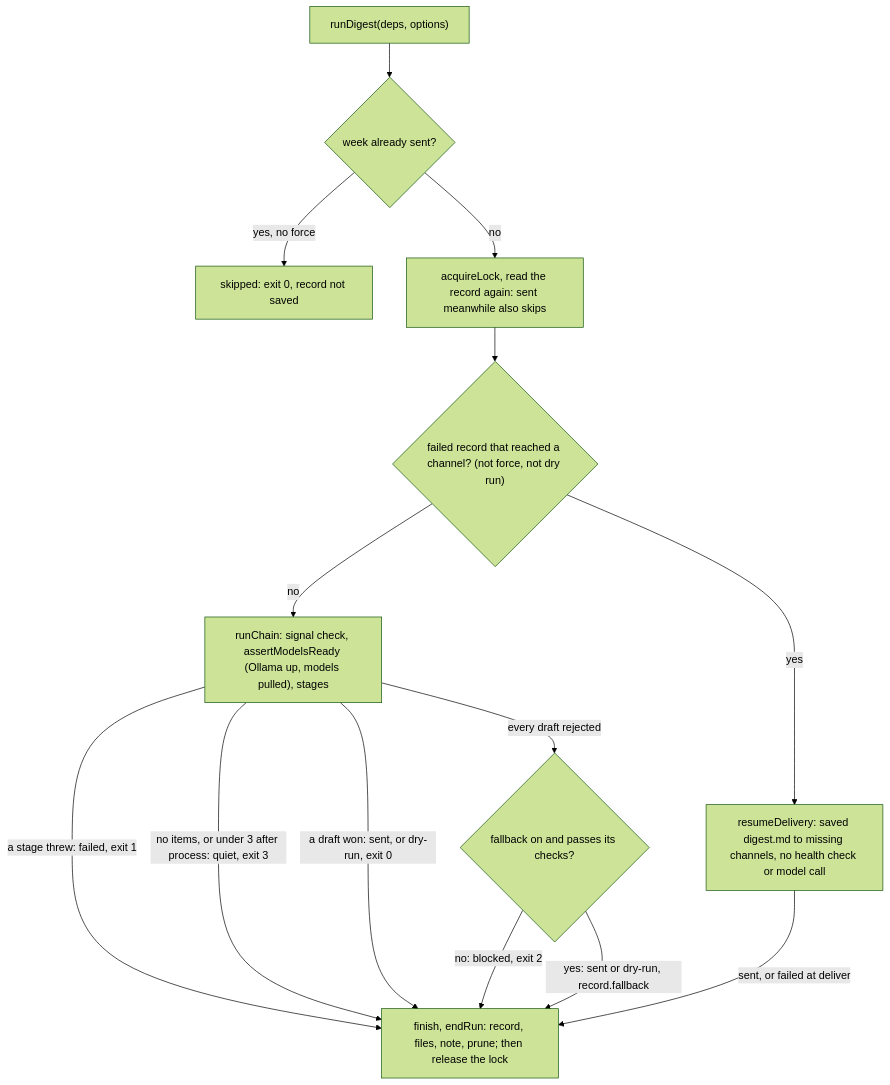
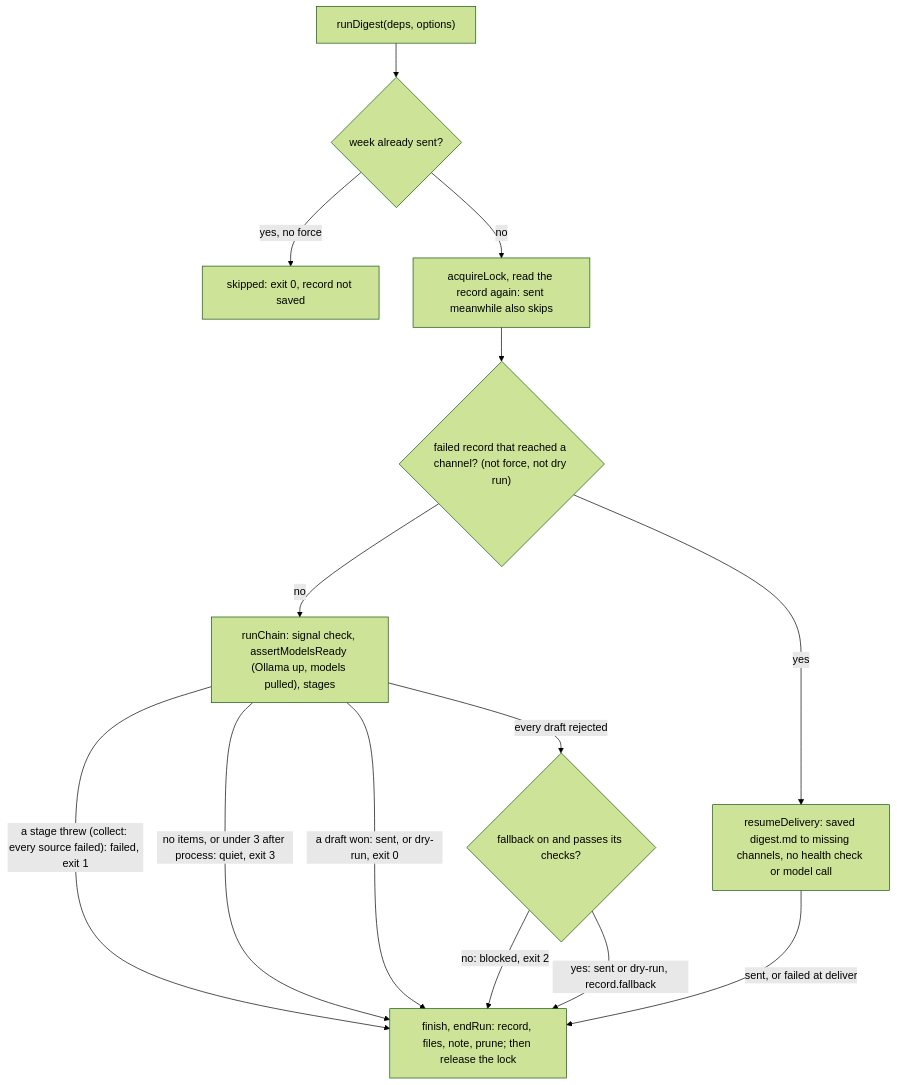
The second of 2 diagrams in src/digest/CLAUDE.md (odere-pro/weekly-engineering-digest-agent), drawn with Mermaid (forest theme) before and after one commit. The commit also changed other lines of this file and 72 other files, not shown here.

````diff
--- a/src/digest/CLAUDE.md
+++ b/src/digest/CLAUDE.md
@@ -25,17 +25,17 @@
 ```mermaid
 flowchart TD
   start["runDigest(deps, options)"] --> seen{"week already sent?"}
   seen -->|"yes, no force"| skipped["skipped: exit 0, record not saved"]
   seen -->|no| lock["acquireLock, read the record again: sent meanwhile also skips"]
   lock --> part{"failed record that reached a channel? (not force, not dry run)"}
   part -->|yes| resume["resumeDelivery: saved digest.md to missing channels, no health check or model call"]
   part -->|no| chain["runChain: signal check, assertModelsReady (Ollama up, models pulled), stages"]
-  chain -->|"a stage threw: failed, exit 1"| endRun
+  chain -->|"a stage threw (collect: every source failed): failed, exit 1"| endRun
   chain -->|"no items, or under 3 after process: quiet, exit 3"| endRun
   chain -->|"a draft won: sent, or dry-run, exit 0"| endRun
   chain -->|"every draft rejected"| fb{"fallback on and passes its checks?"}
   fb -->|"no: blocked, exit 2"| endRun
   fb -->|"yes: sent or dry-run, record.fallback"| endRun
   resume -->|"sent, or failed at deliver"| endRun
   endRun["finish, endRun: record, files, note, prune; then release the lock"]
 ```
````
